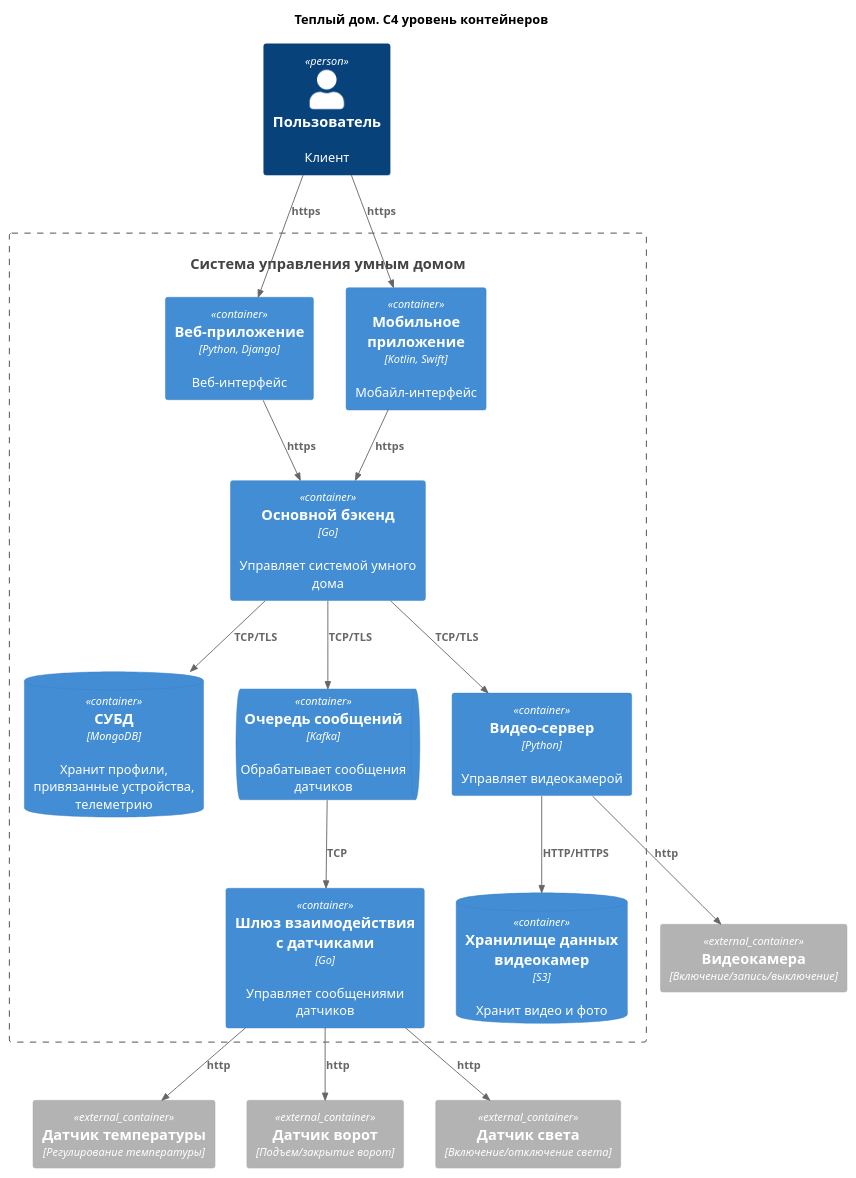
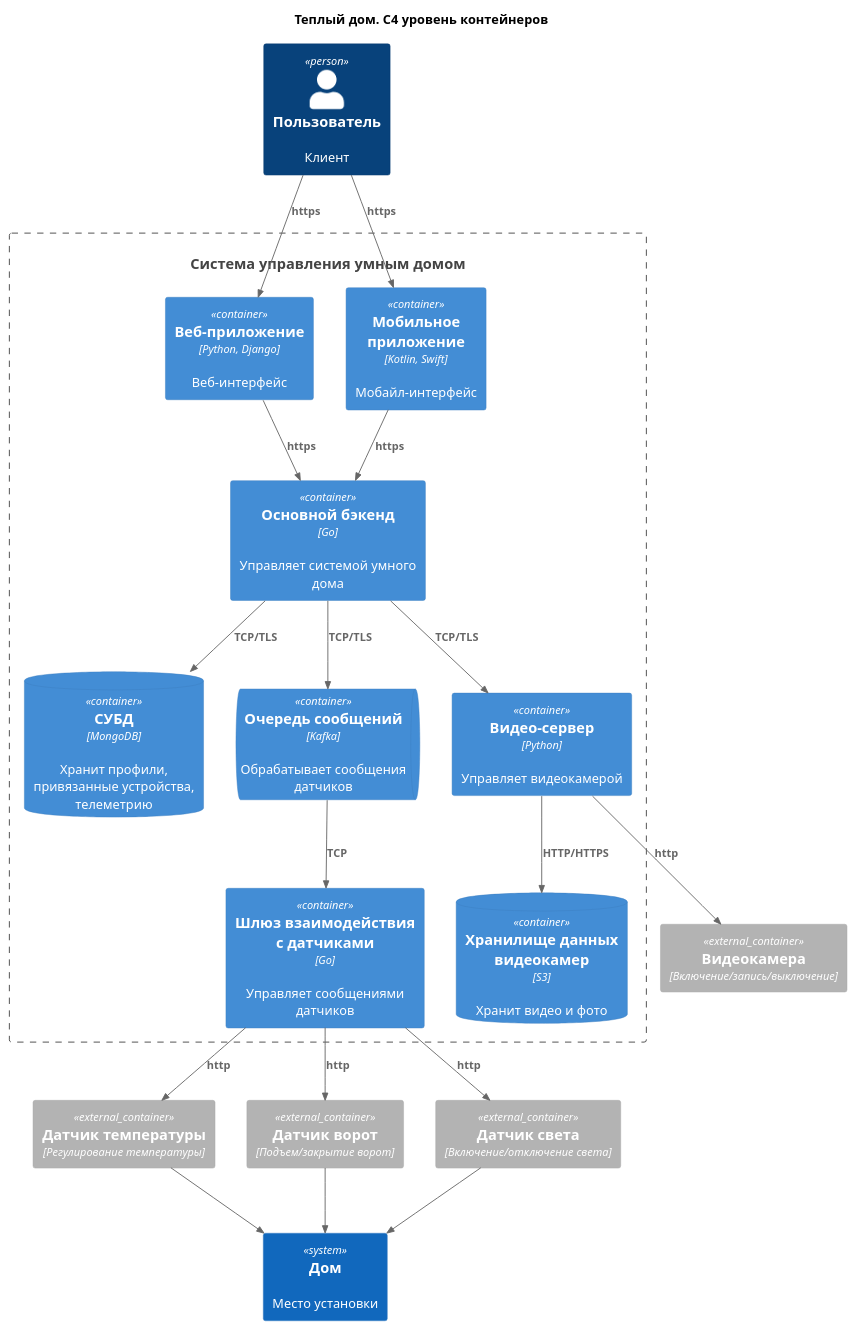
One commit to realjungleman/architecture-warmhouse changed the diagram in 2_task/c4_container.puml. Above: the diagram before and after it, drawn with PlantUML. The commit also changed 5 other files, not shown here.

```diff
--- a/2_task/c4_container.puml
+++ b/2_task/c4_container.puml
@@ -1,43 +1,48 @@
 @startuml
 title Теплый дом. С4 уровень контейнеров
 
 top to bottom direction
 
 !includeurl https://raw.githubusercontent.com/RicardoNiepel/C4-PlantUML/master/C4_Component.puml
 
 Person(user, "Пользователь", "Клиент")
 System(SmartHouse, "Система управления умным домом", "")
 
 Container_Boundary(SmartHouse, "Система управления умным домом") {
   Container(WebApp, "Веб-приложение", "Python, Django", "Веб-интерфейс")
   Container(MobileApp, "Мобильное приложение", "Kotlin, Swift", "Мобайл-интерфейс")
   Container(MainSystem, "Основной бэкенд", "Go", "Управляет системой умного дома")
   Container(ApiGate, "Шлюз взаимодействия с датчиками", "Go", "Управляет сообщениями датчиков")
   ContainerDb(Database, "СУБД", "MongoDB", "Хранит профили, привязанные устройства, телеметрию")
   Container(VideoStreaming, "Видео-сервер", "Python", "Управляет видеокамерой")
   ContainerDb(S3, "Хранилище данных видеокамер", "S3", "Хранит видео и фото")
   ContainerQueue(Queue, "Очередь сообщений", "Kafka", "Обрабатывает сообщения датчиков")
 }
 
 Container_Ext(temperatureSensor, "Датчик температуры", "Регулирование температуры")
 
 Container_Ext(gateSensor,"Датчик ворот", "Подъем/закрытие ворот")
 Container_Ext(videoCamera,"Видеокамера", "Включение/запись/выключение")
 Container_Ext(lightSensor,"Датчик света", "Включение/отключение света")
 
 Rel(user, WebApp, "https")
 Rel(user, MobileApp, "https")
 Rel(WebApp, MainSystem, "https")
 Rel(MobileApp, MainSystem, "https")
 Rel(MainSystem, Queue, "TCP/TLS")
 Rel(Queue, ApiGate, "TCP")
 Rel(MainSystem, VideoStreaming, "TCP/TLS")
 Rel(VideoStreaming, S3, "HTTP/HTTPS")
 Rel(MainSystem, Database, "TCP/TLS")
 
 Rel(VideoStreaming, videoCamera, "http")
 Rel(ApiGate, gateSensor, "http")
 Rel(ApiGate, temperatureSensor, "http")
 Rel(ApiGate, lightSensor, "http")
 
+
+System(house, "Дом", "Место установки")
+Rel(gateSensor, house, "")
+Rel(temperatureSensor, house, "")
+Rel(lightSensor, house, "")
 @enduml
```
